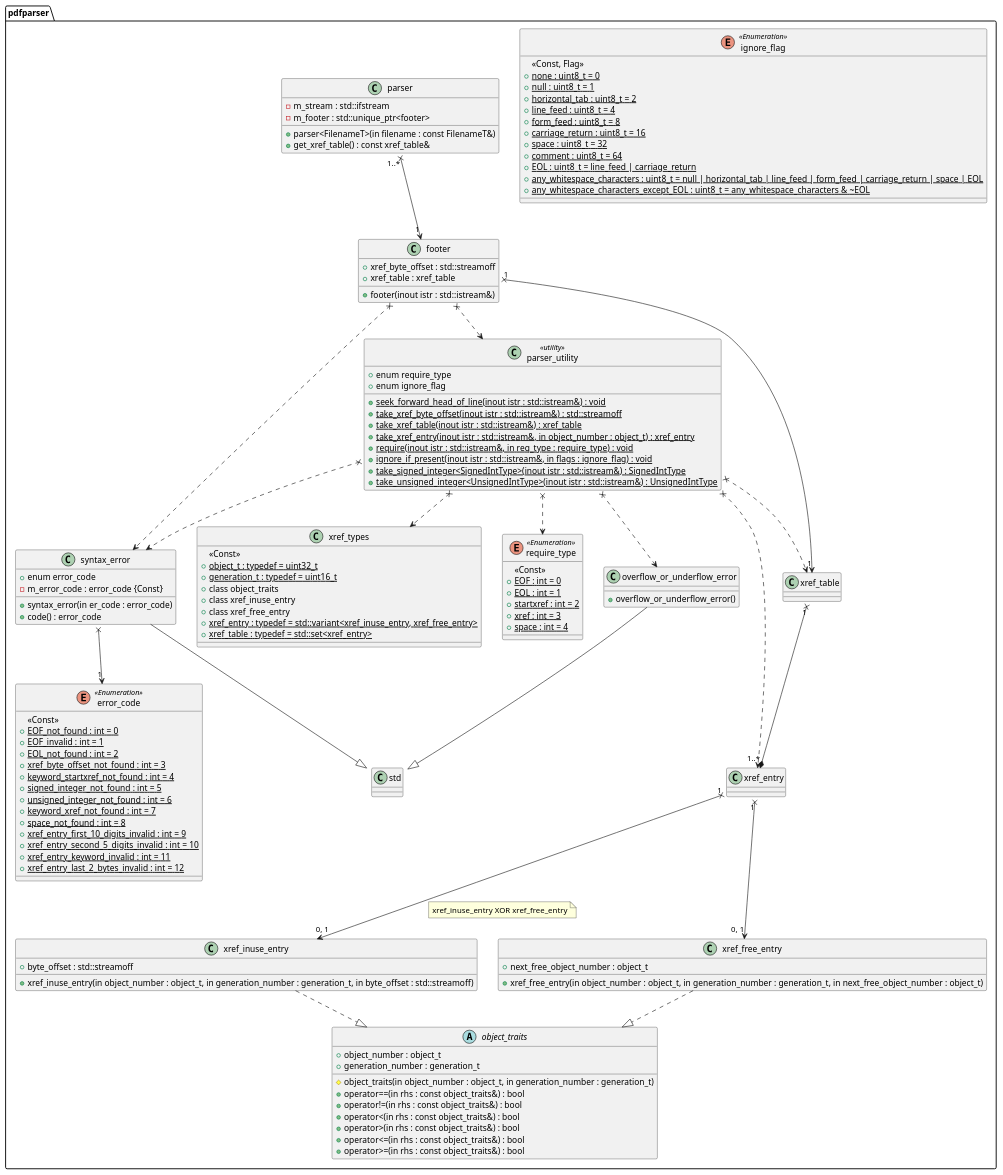
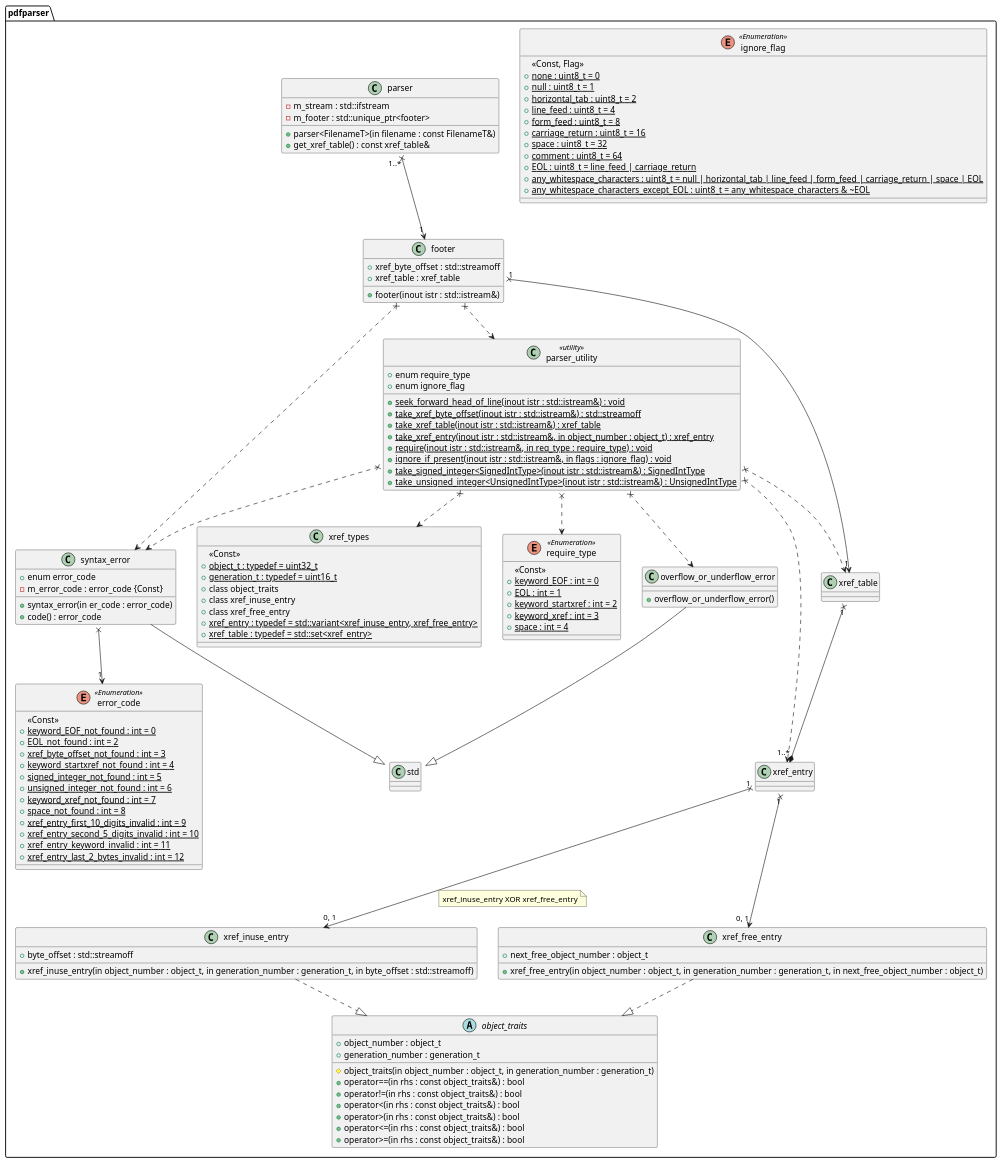
One commit to KodaiYM/PDFReader changed the diagram in document/parser.class.pu. Above: the diagram before and after it, drawn with PlantUML. The commit also changed 8 other files, not shown here.

```diff
--- a/document/parser.class.pu
+++ b/document/parser.class.pu
@@ -1,138 +1,137 @@
 @startuml parser
 namespace pdfparser {
 enum require_type <<Enumeration>> {
 	<<Const>>
-	+{static} EOF : int = 0
+	+{static} keyword_EOF : int = 0
 	+{static} EOL : int = 1
-	+{static} startxref : int = 2
-	+{static} xref : int = 3
+	+{static} keyword_startxref : int = 2
+	+{static} keyword_xref : int = 3
 	+{static} space : int = 4
 }
 enum ignore_flag <<Enumeration>> {
 	<<Const, Flag>>
 	+{static} none : uint8_t = 0
 	+{static} null : uint8_t = 1
 	+{static} horizontal_tab : uint8_t = 2
 	+{static} line_feed : uint8_t = 4
 	+{static} form_feed : uint8_t = 8
 	+{static} carriage_return : uint8_t = 16
 	+{static} space : uint8_t = 32
 	+{static} comment : uint8_t = 64
 	+{static} EOL : uint8_t = line_feed | carriage_return
 	+{static} any_whitespace_characters : uint8_t = null | horizontal_tab | line_feed | form_feed | carriage_return | space | EOL
 	+{static} any_whitespace_characters_except_EOL : uint8_t = any_whitespace_characters & ~EOL
 }
 
 class parser {
 	-m_stream : std::ifstream
 	-m_footer : std::unique_ptr<footer>
 
 	+parser<FilenameT>(in filename : const FilenameT&)
 	+get_xref_table() : const xref_table&
 }
 parser "1..*" x--> "1" footer
 
 class footer {
 	+xref_byte_offset : std::streamoff
 	+xref_table : xref_table
 
 	+footer(inout istr : std::istream&)
 }
 footer x..> syntax_error
 footer x..> parser_utility
 footer "1" x--> "1" xref_table
 
 class parser_utility <<utility>> {
 	+enum require_type
 	+enum ignore_flag
 
 	+{static} seek_forward_head_of_line(inout istr : std::istream&) : void
 	+{static} take_xref_byte_offset(inout istr : std::istream&) : std::streamoff
 	+{static} take_xref_table(inout istr : std::istream&) : xref_table
 	+{static} take_xref_entry(inout istr : std::istream&, in object_number : object_t) : xref_entry
 	+{static} require(inout istr : std::istream&, in req_type : require_type) : void
 	+{static} ignore_if_present(inout istr : std::istream&, in flags : ignore_flag) : void
 	+{static} take_signed_integer<SignedIntType>(inout istr : std::istream&) : SignedIntType
 	+{static} take_unsigned_integer<UnsignedIntType>(inout istr : std::istream&) : UnsignedIntType
 }
 parser_utility x..> require_type
 parser_utility x..> syntax_error
 parser_utility x..> overflow_or_underflow_error
 parser_utility x..> xref_table
 parser_utility x..> xref_entry
 parser_utility x..> xref_types
 
 enum error_code <<Enumeration>> {
 	<<Const>>
-	+{static} EOF_not_found : int = 0
-	+{static} EOF_invalid : int = 1
+	+{static} keyword_EOF_not_found : int = 0
 	+{static} EOL_not_found : int = 2
 	+{static} xref_byte_offset_not_found : int = 3
 	+{static} keyword_startxref_not_found : int = 4
 	+{static} signed_integer_not_found : int = 5
 	+{static} unsigned_integer_not_found : int = 6
 	+{static} keyword_xref_not_found : int = 7
 	+{static} space_not_found : int = 8
 	+{static} xref_entry_first_10_digits_invalid : int = 9
 	+{static} xref_entry_second_5_digits_invalid : int = 10
 	+{static} xref_entry_keyword_invalid : int = 11
 	+{static} xref_entry_last_2_bytes_invalid : int = 12
 }
 class syntax_error {
 	+enum error_code
 	-m_error_code : error_code {Const}
 
 	+syntax_error(in er_code : error_code)
 	+code() : error_code
 }
 syntax_error --|> std::runtime_error
 syntax_error x--> "1" error_code
 
 class overflow_or_underflow_error {
 	+overflow_or_underflow_error()
 }
 overflow_or_underflow_error --|> std::runtime_error
 
 class xref_types {
 	<<Const>>
 	+{static} object_t : typedef = uint32_t
 	+{static} generation_t : typedef = uint16_t
 	+class object_traits
 	+class xref_inuse_entry
 	+class xref_free_entry
 	+{static} xref_entry : typedef = std::variant<xref_inuse_entry, xref_free_entry>
 	+{static} xref_table : typedef = std::set<xref_entry>
 }
 xref_table "1" x--* "1..*" xref_entry
 xref_entry "1" x--> "0, 1" xref_inuse_entry
 note right on link
 xref_inuse_entry XOR xref_free_entry
 end note
 xref_entry "1" x--> "0, 1" xref_free_entry
 
 abstract class object_traits {
 	+object_number : object_t
 	+generation_number : generation_t
 
 	#object_traits(in object_number : object_t, in generation_number : generation_t)
 	+operator==(in rhs : const object_traits&) : bool
 	+operator!=(in rhs : const object_traits&) : bool
 	+operator<(in rhs : const object_traits&) : bool
 	+operator>(in rhs : const object_traits&) : bool
 	+operator<=(in rhs : const object_traits&) : bool
 	+operator>=(in rhs : const object_traits&) : bool
 }
 
 class xref_inuse_entry {
 	+xref_inuse_entry(in object_number : object_t, in generation_number : generation_t, in byte_offset : std::streamoff)
 	+byte_offset : std::streamoff
 }
 xref_inuse_entry ..|> object_traits
 
 class xref_free_entry {
 	+xref_free_entry(in object_number : object_t, in generation_number : generation_t, in next_free_object_number : object_t)
 	+next_free_object_number : object_t
 }
 xref_free_entry ..|> object_traits
 }
 @enduml
```
